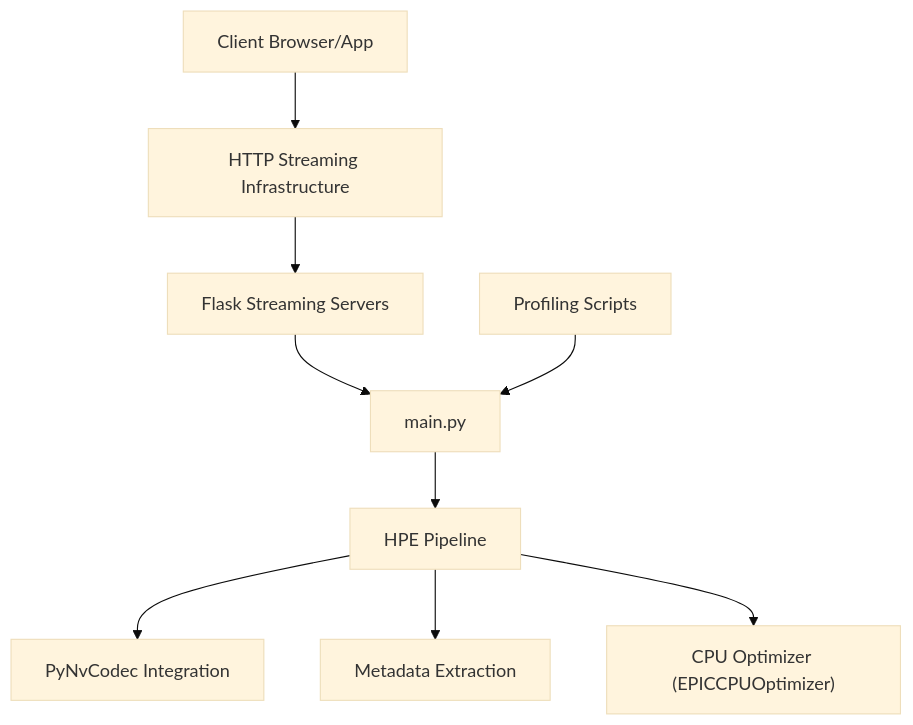
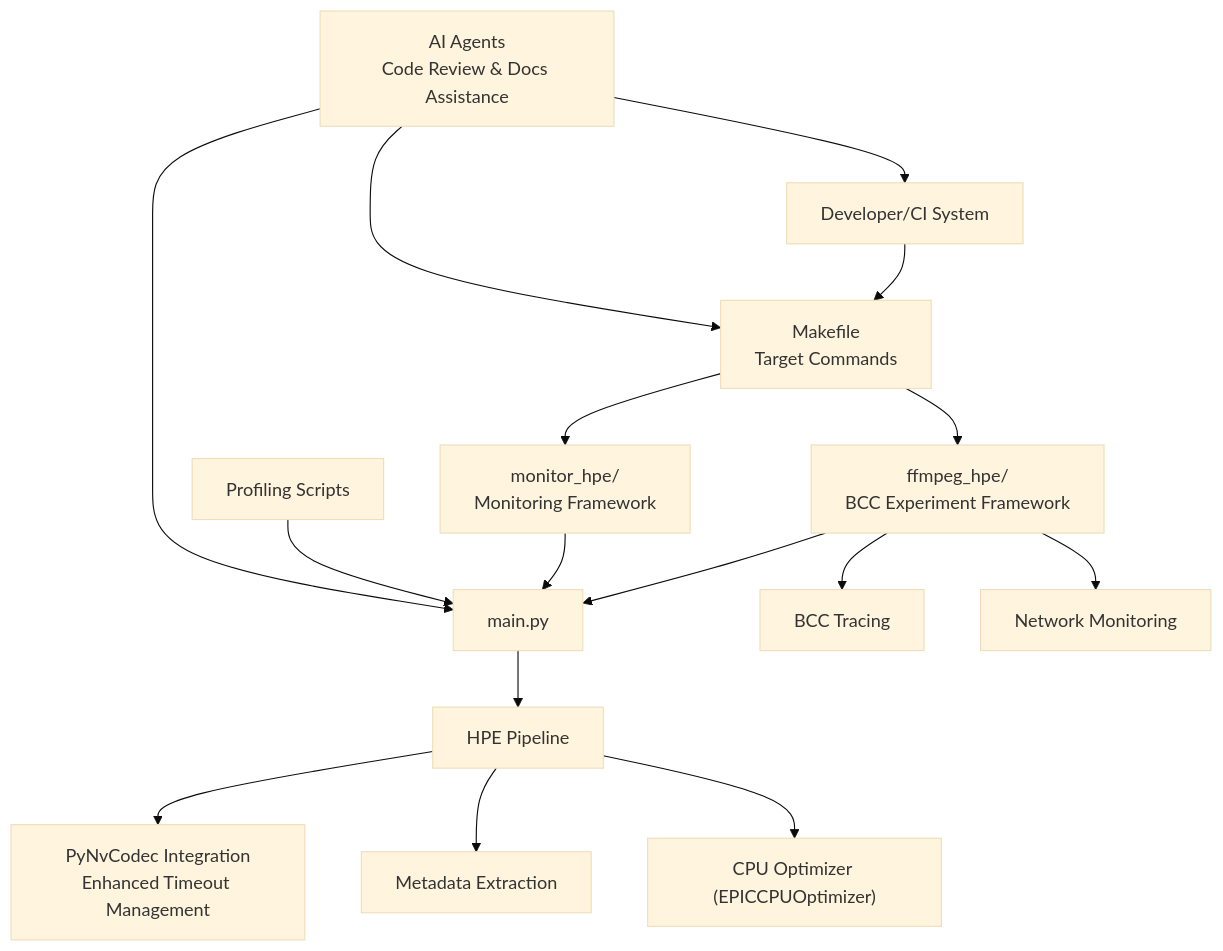
Before and after one commit to Fogus-Gr/MeasurementsDTs: the second of 11 diagrams in .qoder/repowiki/en/content/Development Tools/Development Tools.md, drawn with Mermaid (base theme). The commit also changed other lines of this file and 10 other files, not shown here.

````diff
--- a/.qoder/repowiki/en/content/Development Tools/Development Tools.md
+++ b/.qoder/repowiki/en/content/Development Tools/Development Tools.md
@@ -196,20 +254,31 @@
 ```mermaid
 graph TB
-Client["Client Browser/App"]
-HTTPStream["HTTP Streaming Infrastructure"]
-DevServers["Flask Streaming Servers"]
+Client["Developer/CI System"]
+Makefile["Makefile<br/>Target Commands"]
+FFmpegExp["ffmpeg_hpe/<br/>BCC Experiment Framework"]
+MonitorExp["monitor_hpe/<br/>Monitoring Framework"]
 Main["main.py"]
 HPE["HPE Pipeline"]
-PyNvCodec["PyNvCodec Integration"]
+PyNvCodec["PyNvCodec Integration<br/>Enhanced Timeout Management"]
 Metadata["Metadata Extraction"]
 Optimizer["CPU Optimizer (EPICCPUOptimizer)"]
 Profilers["Profiling Scripts"]
-Client --> HTTPStream
-HTTPStream --> DevServers
-DevServers --> Main
+BCC["BCC Tracing"]
+Network["Network Monitoring"]
+AI["AI Agents<br/>Code Review & Docs Assistance"]
+Client --> Makefile
+Makefile --> FFmpegExp
+Makefile --> MonitorExp
+FFmpegExp --> Main
+MonitorExp --> Main
 Main --> HPE
 HPE --> PyNvCodec
 HPE --> Metadata
 HPE --> Optimizer
+FFmpegExp --> BCC
+FFmpegExp --> Network
 Profilers --> Main
+AI --> Client
+AI --> Makefile
+AI --> Main
 ```
````
